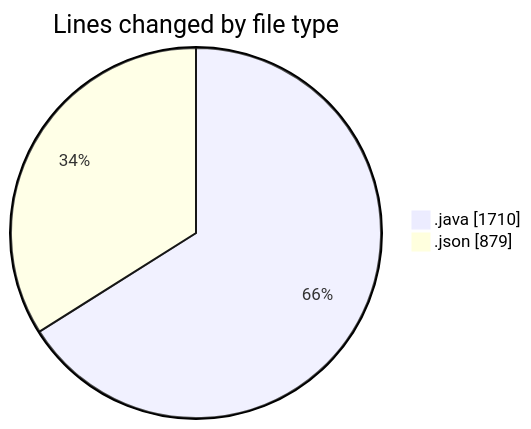
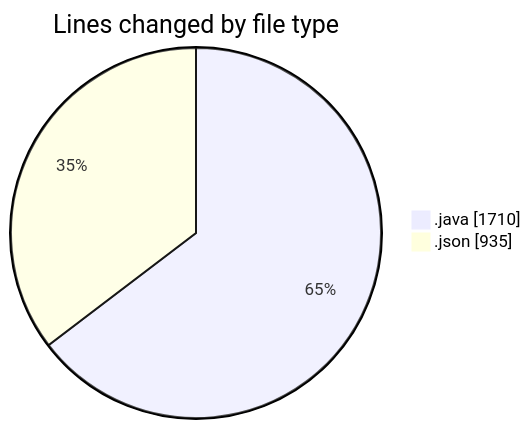
Before and after one commit to ricardozamudiocil/code-tracking: the first of 2 diagrams in 2026-03-17/cilapp/README.md, drawn with Mermaid. The commit also changed other lines of this file and 1 other file, not shown here.

````diff
--- a/2026-03-17/cilapp/README.md
+++ b/2026-03-17/cilapp/README.md
@@ -23,6 +24,6 @@
 ```mermaid
 pie showData
 title Lines changed by file type
 ".java" : 1710
-".json" : 879
+".json" : 935
 ```
````
